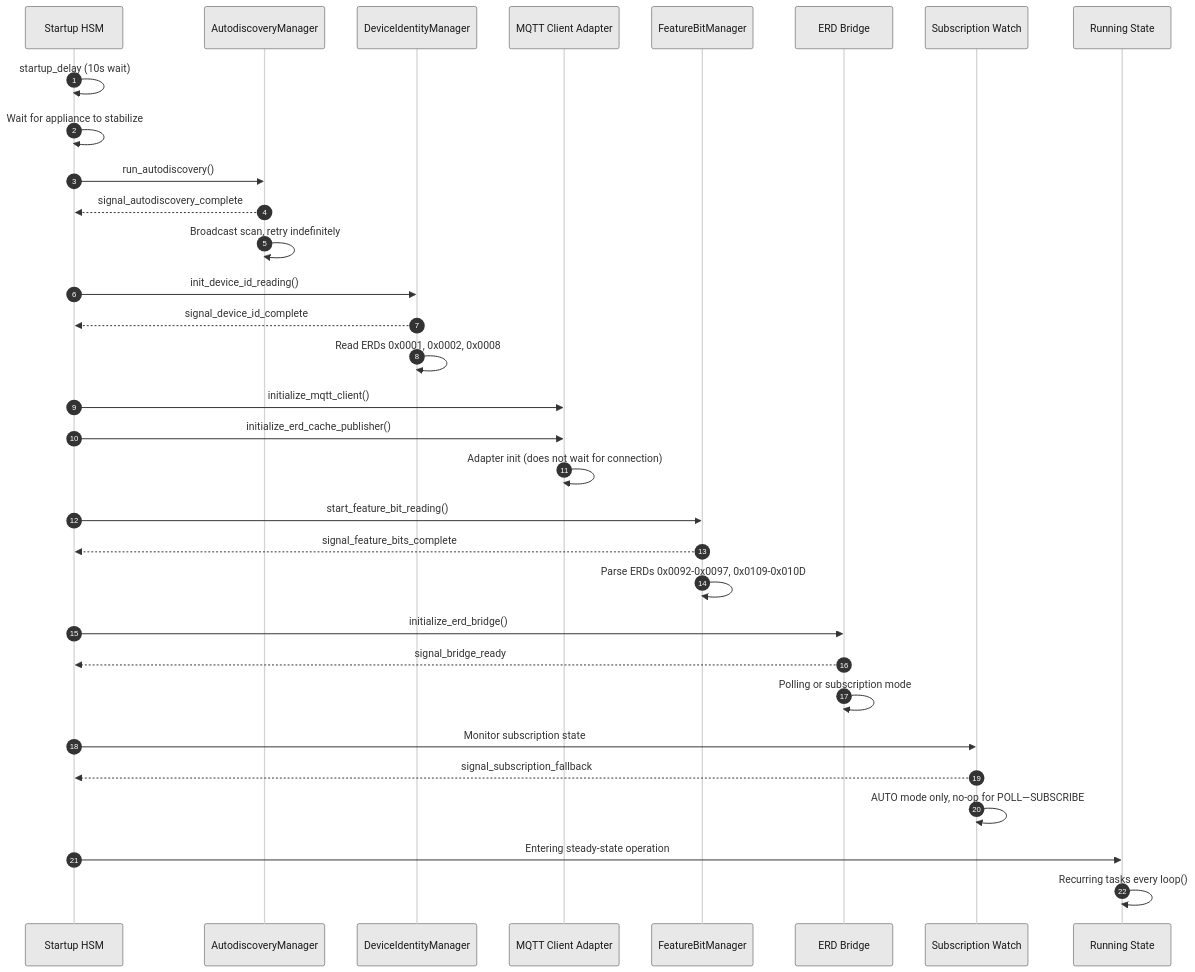
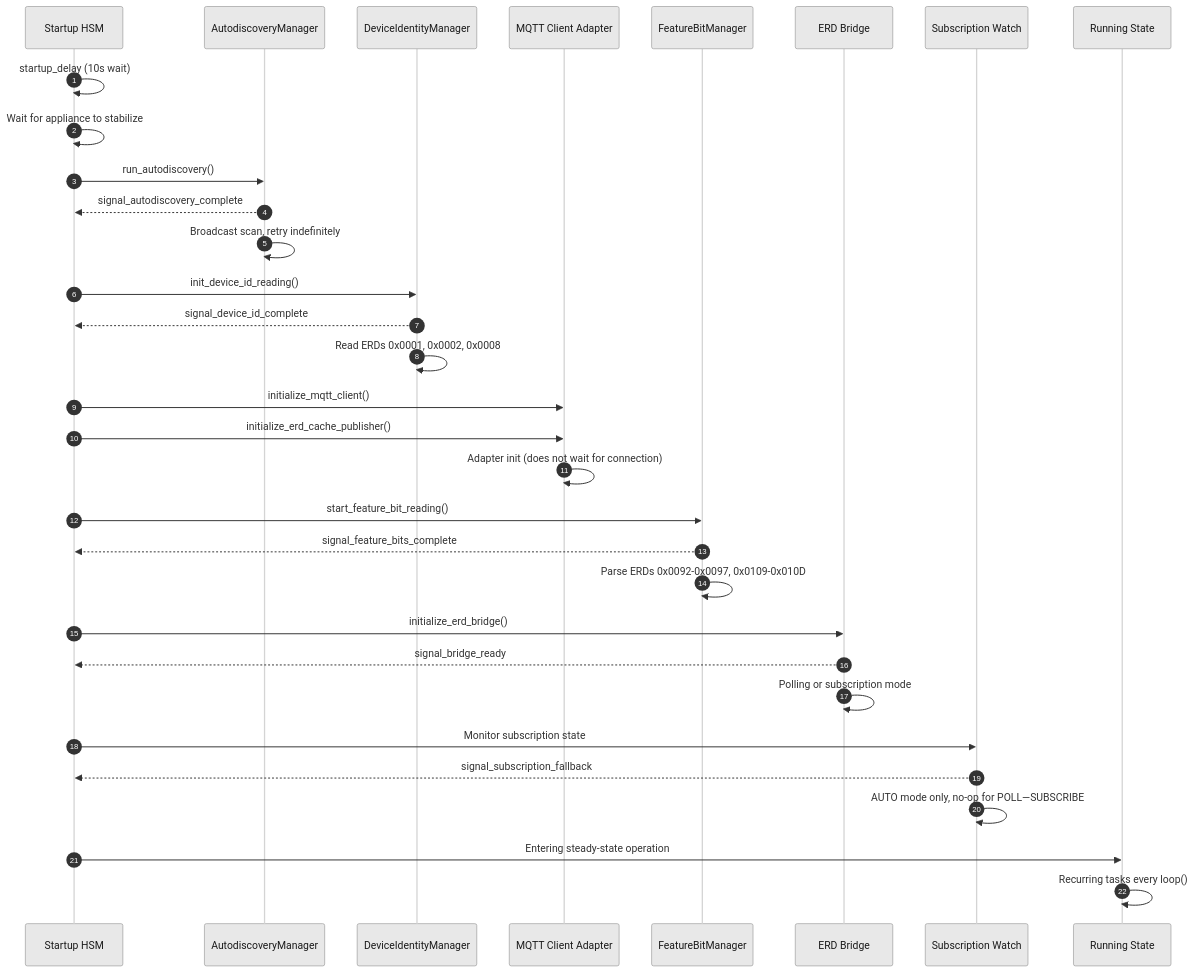
The first of 2 diagrams in docs/architecture/startup-sequence.md (eddietheengineer/home-assistant-bridge-esphome), drawn with Mermaid before and after one commit. The commit also changed other lines of this file and 3 other files, not shown here.

First line of the commit message:
style(docs): improve mermaid chart visibility in dark mode

````diff
--- a/docs/architecture/startup-sequence.md
+++ b/docs/architecture/startup-sequence.md
@@ -12,43 +12,43 @@
 ```mermaid
-%%{init: {"theme":"neutral","themeVariables":{"primaryColor":"#4a90d9","primaryBorderColor":"#2c6a9e","primaryTextColor":"#1a1a1a","secondaryColor":"#d9e8f5","tertiaryColor":"#f0f0f0","lineColor":"#666666","actorBkg":"#e8e8e8","actorBorder":"#666666","actorTextColor":"#1a1a1a"}}}%%
+%%{init: {"theme":"neutral","themeVariables":{"primaryColor":"#4a90d9","primaryBorderColor":"#2c6a9e","primaryTextColor":"#1a1a1a","secondaryColor":"#d9e8f5","tertiaryColor":"#f0f0f0","lineColor":"#999999","actorBkg":"#e8e8e8","actorBorder":"#999999","actorTextColor":"#1a1a1a"}}}%%
 sequenceDiagram
     autonumber
     participant HSM as Startup HSM
     participant AD as AutodiscoveryManager
     participant DI as DeviceIdentityManager
     participant MQTT as MQTT Client Adapter
     participant FB as FeatureBitManager
     participant BR as ERD Bridge
     participant SW as Subscription Watch
     participant RUN as Running State
 
     HSM->>HSM: startup_delay (10s wait)
     HSM->>HSM: Wait for appliance to stabilize
 
     HSM->>AD: run_autodiscovery()
     AD-->>HSM: signal_autodiscovery_complete
     AD->>AD: Broadcast scan, retry indefinitely
 
     HSM->>DI: init_device_id_reading()
     DI-->>HSM: signal_device_id_complete
     DI->>DI: Read ERDs 0x0001, 0x0002, 0x0008
 
     HSM->>MQTT: initialize_mqtt_client()
     HSM->>MQTT: initialize_erd_cache_publisher()
     MQTT->>MQTT: Adapter init (does not wait for connection)
 
     HSM->>FB: start_feature_bit_reading()
     FB-->>HSM: signal_feature_bits_complete
     FB->>FB: Parse ERDs 0x0092-0x0097, 0x0109-0x010D
 
     HSM->>BR: initialize_erd_bridge()
     BR-->>HSM: signal_bridge_ready
     BR->>BR: Polling or subscription mode
 
     HSM->>SW: Monitor subscription state
     SW-->>HSM: signal_subscription_fallback
     SW->>SW: AUTO mode only, no-op for POLL—SUBSCRIBE
 
     HSM->>RUN: Entering steady-state operation
     RUN->>RUN: Recurring tasks every loop()
 ```
````
